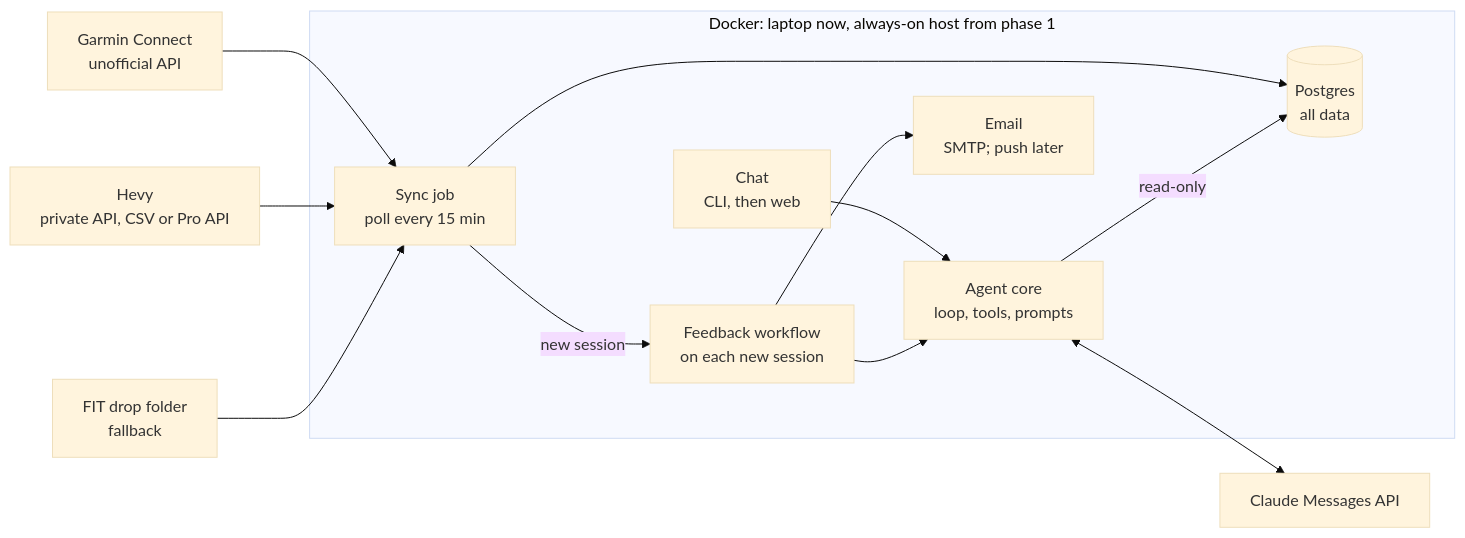
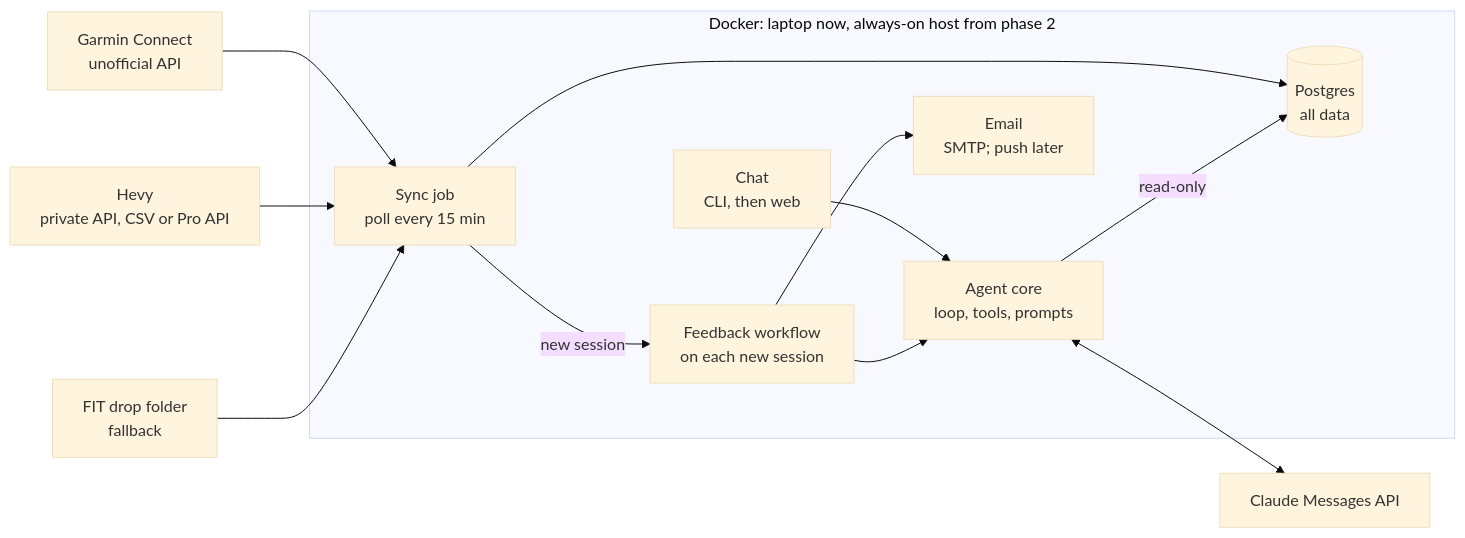
One commit to asierba/sasoi changed the diagram in Plan.md. Above: the diagram before and after it, drawn with Mermaid (base theme). The commit also changed other lines of this file, not shown here.

````diff
--- a/Plan.md
+++ b/Plan.md
@@ -49,27 +49,27 @@
 ```mermaid
 flowchart LR
     garmin["Garmin Connect<br/>unofficial API"]
     hevy["Hevy<br/>private API, CSV or Pro API"]
     fit["FIT drop folder<br/>fallback"]
     claude["Claude Messages API"]
 
-    subgraph docker["Docker: laptop now, always-on host from phase 1"]
+    subgraph docker["Docker: laptop now, always-on host from phase 2"]
         sync["Sync job<br/>poll every 15 min"]
         pg[("Postgres<br/>all data")]
         chat["Chat<br/>CLI, then web"]
         agent["Agent core<br/>loop, tools, prompts"]
         feedback["Feedback workflow<br/>on each new session"]
         email["Email<br/>SMTP; push later"]
     end
 
     garmin --> sync
     hevy --> sync
     fit --> sync
     sync --> pg
     sync -- new session --> feedback
     chat --> agent
     agent -- read-only --> pg
     feedback --> agent
     feedback --> email
     agent <--> claude
 ```
````
